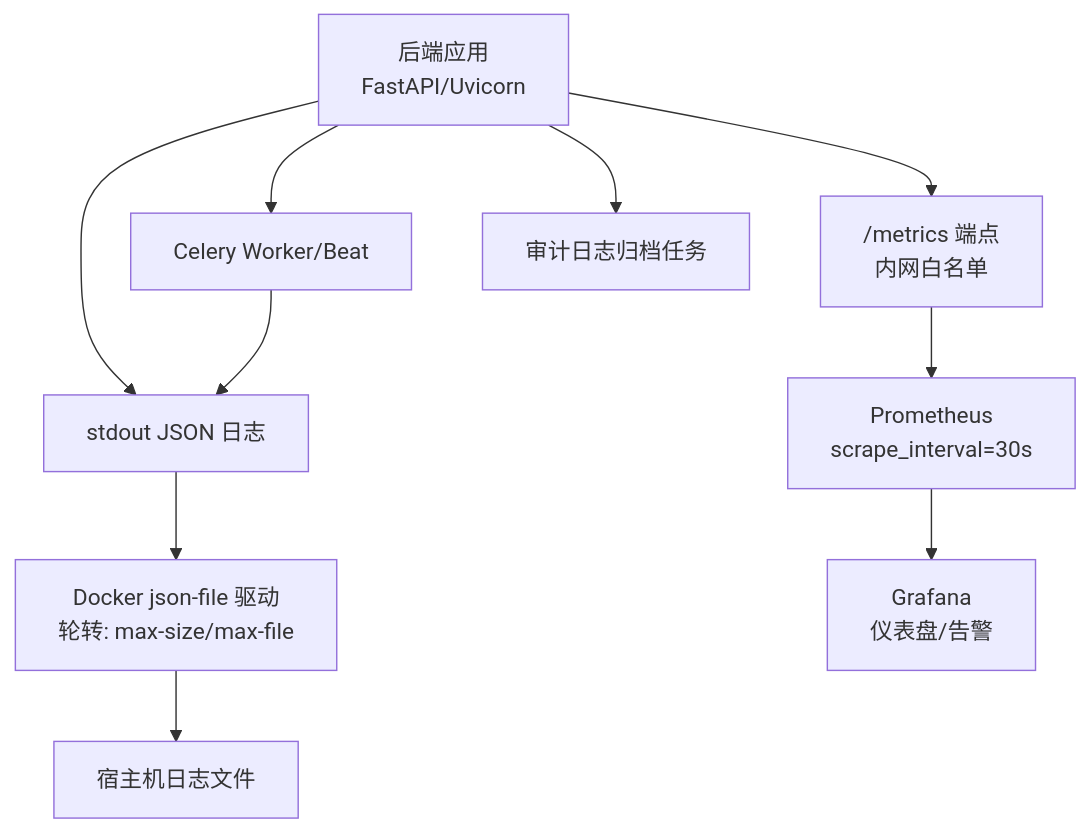
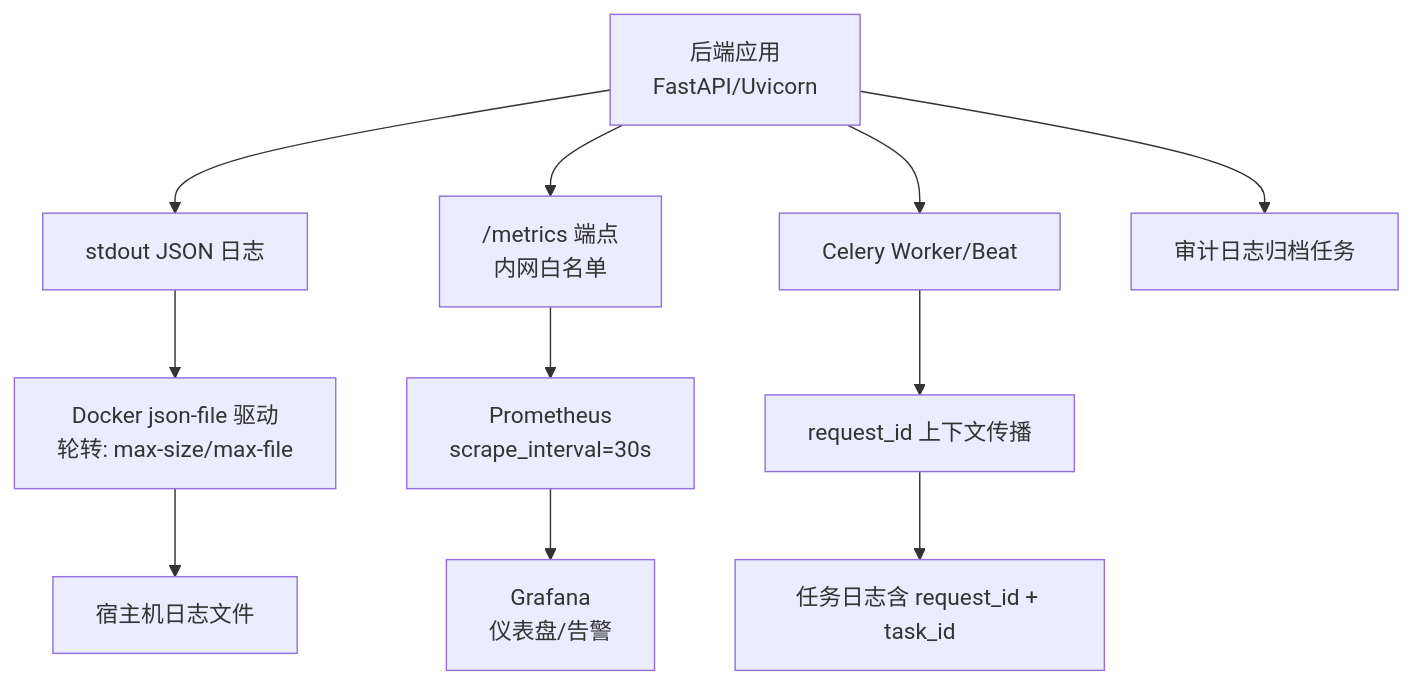
Before and after one commit to hlszp/CLPM-MVP: the first of 8 diagrams in .qoder/repowiki/zh/content/架构设计/部署架构设计/日志管理.md, drawn with Mermaid. The commit also changed other lines of this file and 207 other files, not shown here.

````diff
--- a/.qoder/repowiki/zh/content/架构设计/部署架构设计/日志管理.md
+++ b/.qoder/repowiki/zh/content/架构设计/部署架构设计/日志管理.md
@@ -39,12 +52,13 @@
 ```mermaid
 graph TB
 A["后端应用<br/>FastAPI/Uvicorn"] --> B["stdout JSON 日志"]
 B --> C["Docker json-file 驱动<br/>轮转: max-size/max-file"]
 C --> D["宿主机日志文件"]
 A --> E["/metrics 端点<br/>内网白名单"]
 E --> F["Prometheus<br/>scrape_interval=30s"]
 F --> G["Grafana<br/>仪表盘/告警"]
 A --> H["Celery Worker/Beat"]
-H --> B
-A --> I["审计日志归档任务"]
+H --> I["request_id 上下文传播"]
+I --> J["任务日志含 request_id + task_id"]
+A --> K["审计日志归档任务"]
 ```
````
